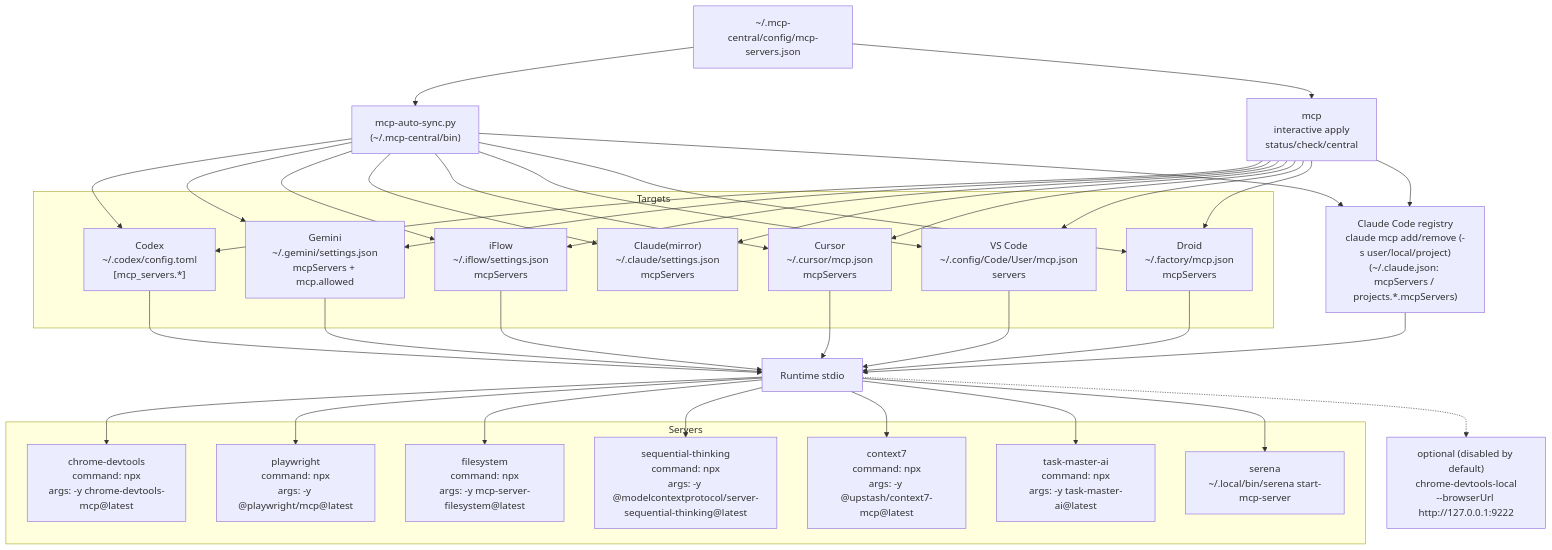
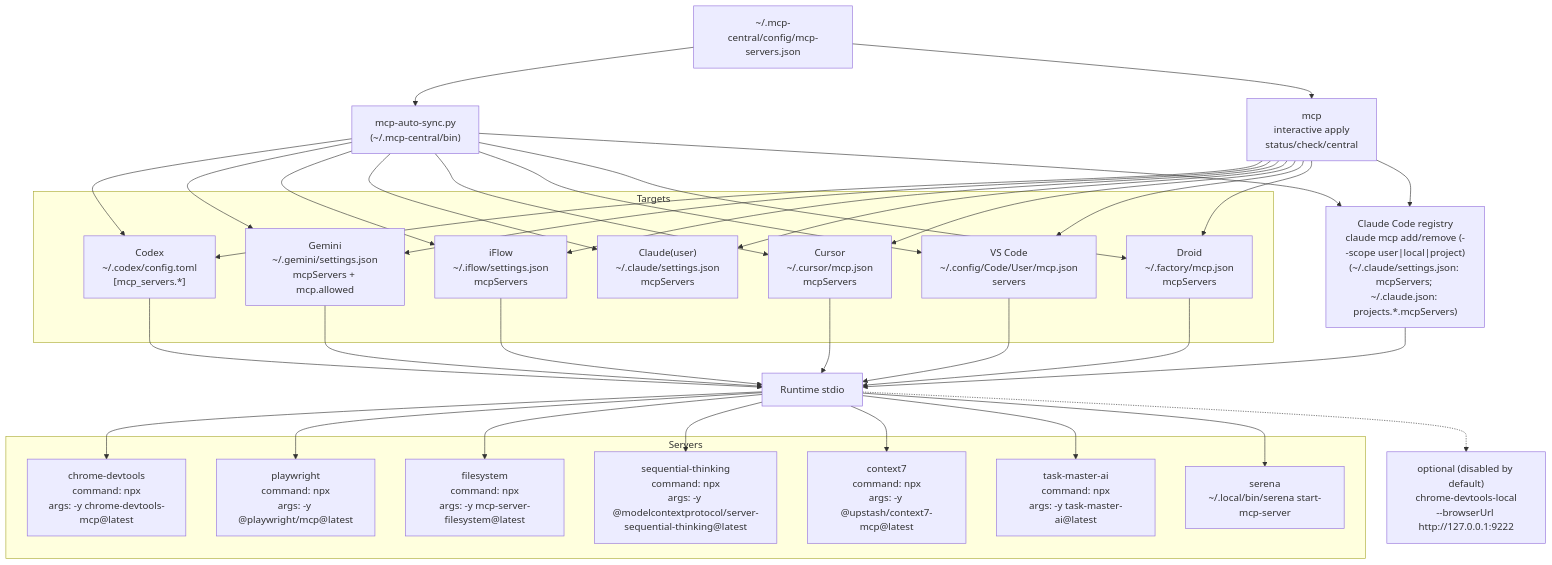
Before and after one commit to czdtech/mcp-local-manager: the diagram in docs/mcp-architecture.mmd, drawn with Mermaid. The commit also changed 25 other files, not shown here.

Commit message:
fix: align Claude scope config and add local QA workflow

```diff
--- a/docs/mcp-architecture.mmd
+++ b/docs/mcp-architecture.mmd
@@ -1,62 +1,62 @@
 flowchart TD
   CENTRAL["~/.mcp-central/config/mcp-servers.json"] --> SYNC["mcp-auto-sync.py<br/>(~/.mcp-central/bin)"]
   CENTRAL --> MCP["mcp<br/>interactive apply<br/>status/check/central"]
 
   subgraph Targets
     CODEX["Codex<br/>~/.codex/config.toml<br/>[mcp_servers.*]"]
     GEMINI["Gemini<br/>~/.gemini/settings.json<br/>mcpServers + mcp.allowed"]
     IFLOW["iFlow<br/>~/.iflow/settings.json<br/>mcpServers"]
-    CLAUDE_FILE["Claude(mirror)<br/>~/.claude/settings.json<br/>mcpServers"]
+    CLAUDE_FILE["Claude(user)<br/>~/.claude/settings.json<br/>mcpServers"]
     CURSOR["Cursor<br/>~/.cursor/mcp.json<br/>mcpServers"]
     VSCODE["VS Code<br/>~/.config/Code/User/mcp.json<br/>servers"]
     DROID["Droid<br/>~/.factory/mcp.json<br/>mcpServers"]
   end
 
   SYNC --> CODEX
   SYNC --> GEMINI
   SYNC --> IFLOW
   SYNC --> CLAUDE_FILE
   SYNC --> CURSOR
   SYNC --> VSCODE
   SYNC --> DROID
   MCP --> CODEX
   MCP --> GEMINI
   MCP --> IFLOW
   MCP --> CLAUDE_FILE
   MCP --> CURSOR
   MCP --> VSCODE
   MCP --> DROID
 
-  CLAUDE_REG["Claude Code registry<br/>claude mcp add/remove (-s user/local/project)<br/>(~/.claude.json: mcpServers / projects.*.mcpServers)"]
+  CLAUDE_REG["Claude Code registry<br/>claude mcp add/remove (--scope user|local|project)<br/>(~/.claude/settings.json: mcpServers; ~/.claude.json: projects.*.mcpServers)"]
   SYNC --> CLAUDE_REG
   MCP --> CLAUDE_REG
 
   RUNTIME[Runtime stdio]
   CODEX --> RUNTIME
   GEMINI --> RUNTIME
   IFLOW --> RUNTIME
   CLAUDE_REG --> RUNTIME
   CURSOR --> RUNTIME
   VSCODE --> RUNTIME
   DROID --> RUNTIME
 
   subgraph Servers
     CDT["chrome-devtools<br/>command: npx<br/>args: -y chrome-devtools-mcp@latest"]
     PW["playwright<br/>command: npx<br/>args: -y @playwright/mcp@latest"]
     FS["filesystem<br/>command: npx<br/>args: -y mcp-server-filesystem@latest"]
     ST["sequential-thinking<br/>command: npx<br/>args: -y @modelcontextprotocol/server-sequential-thinking@latest"]
     CTX7["context7<br/>command: npx<br/>args: -y @upstash/context7-mcp@latest"]
     TMA["task-master-ai<br/>command: npx<br/>args: -y task-master-ai@latest"]
     SERENA["serena<br/>~/.local/bin/serena start-mcp-server"]
   end
 
   RUNTIME --> CDT
   RUNTIME --> PW
   RUNTIME --> FS
   RUNTIME --> ST
   RUNTIME --> CTX7
   RUNTIME --> TMA
   RUNTIME --> SERENA
 
   CDT_LOCAL["optional (disabled by default)<br/>chrome-devtools-local<br/>--browserUrl http://127.0.0.1:9222"]
   RUNTIME -.-> CDT_LOCAL
```
